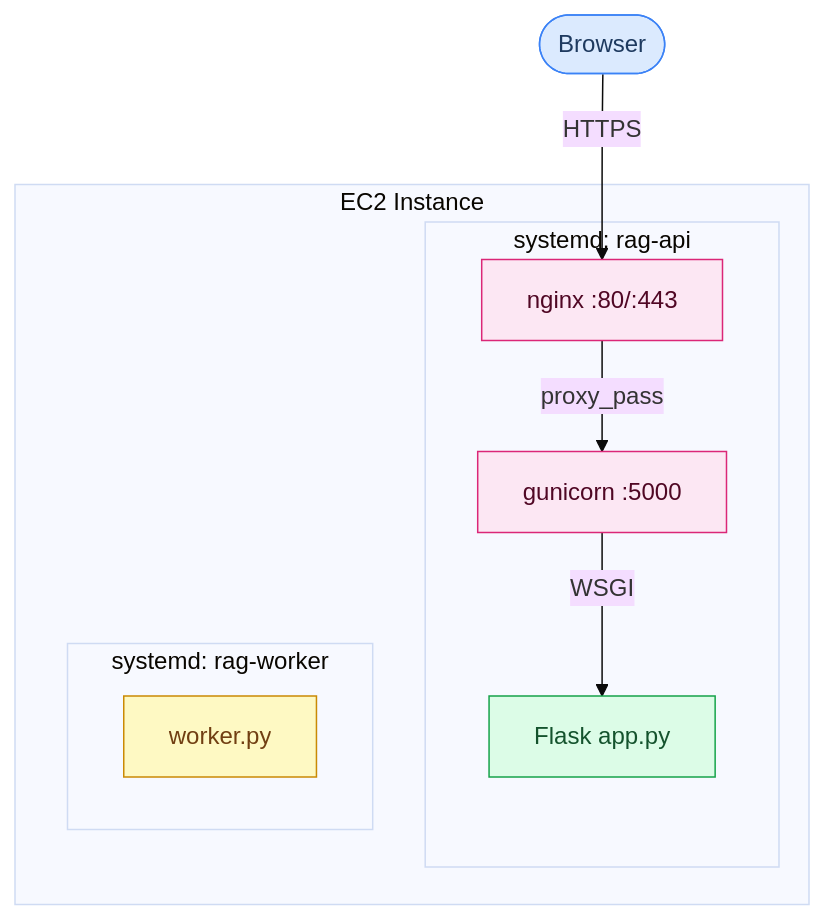
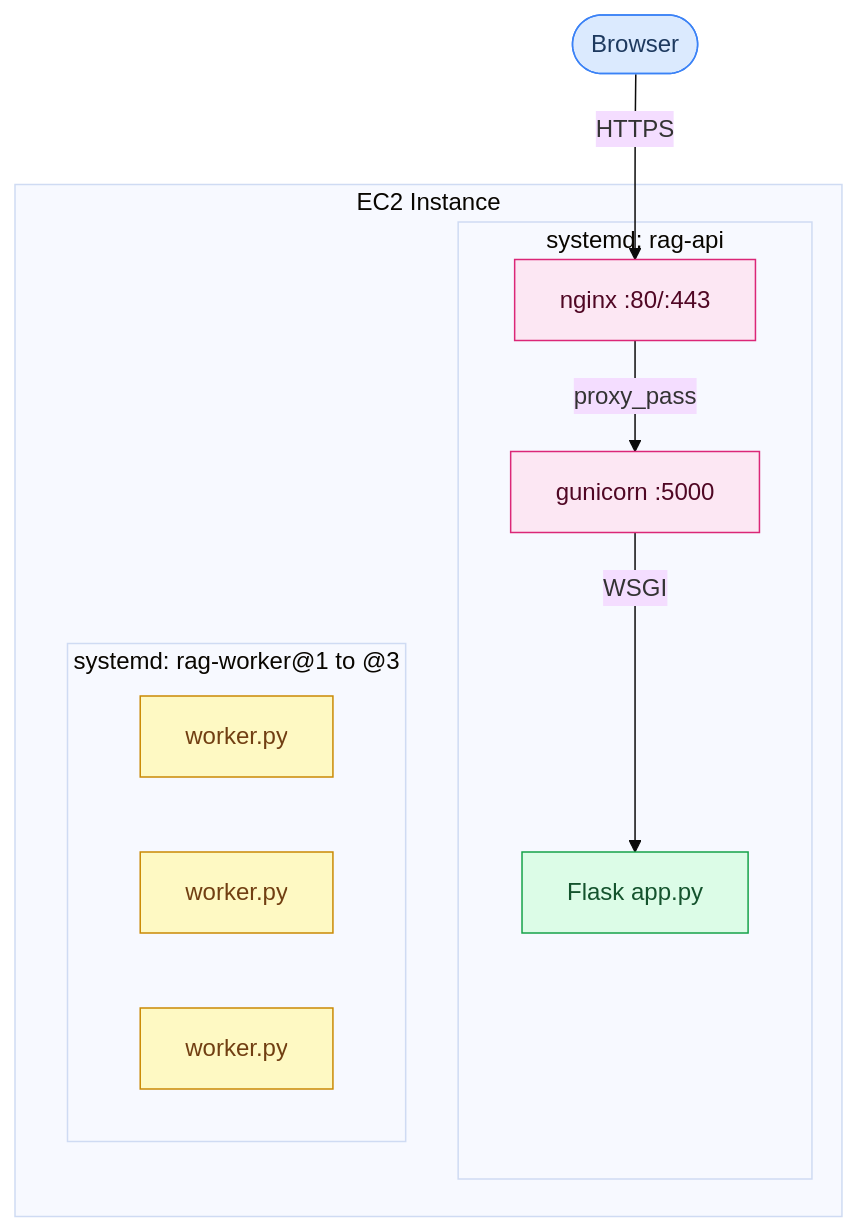
One commit to segalmax/immigration-rag changed the first of 2 diagrams in docs/DEPLOYMENT_DIAGRAM.md. Above: the diagram before and after it, drawn with Mermaid. The commit also changed other lines of this file and 4 other files, not shown here.

First line of the commit message:
systemd: three SQS workers via rag-worker@.service template

````diff
--- a/docs/DEPLOYMENT_DIAGRAM.md
+++ b/docs/DEPLOYMENT_DIAGRAM.md
@@ -12,25 +12,27 @@
 ```mermaid
 %%{ init: { 'theme': 'base' } }%%
 flowchart TD
     classDef actor   fill:#dbeafe,stroke:#3b82f6,color:#1e3a5f
     classDef service fill:#dcfce7,stroke:#16a34a,color:#14532d
     classDef worker  fill:#fef9c3,stroke:#ca8a04,color:#713f12
     classDef infra   fill:#fce7f3,stroke:#db2777,color:#500724
 
     Browser(["Browser"]):::actor
 
     subgraph ec2 ["EC2 Instance"]
         subgraph rag_api ["systemd: rag-api"]
             nginx["nginx :80/:443"]:::infra
             gunicorn["gunicorn :5000"]:::infra
             flask["Flask app.py"]:::service
             nginx -->|"proxy_pass"| gunicorn
             gunicorn -->|"WSGI"| flask
         end
-        subgraph rag_worker ["systemd: rag-worker"]
-            worker["worker.py"]:::worker
+        subgraph rag_worker ["systemd: rag-worker@1 to @3"]
+            w1["worker.py"]:::worker
+            w2["worker.py"]:::worker
+            w3["worker.py"]:::worker
         end
     end
 
     Browser -->|"HTTPS"| nginx
 ```
````
